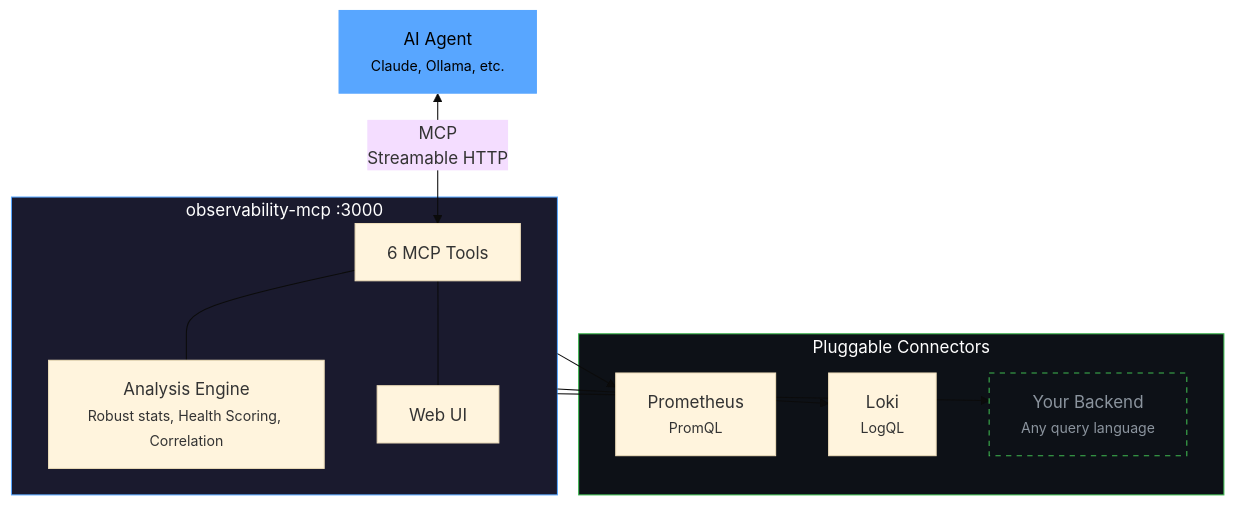
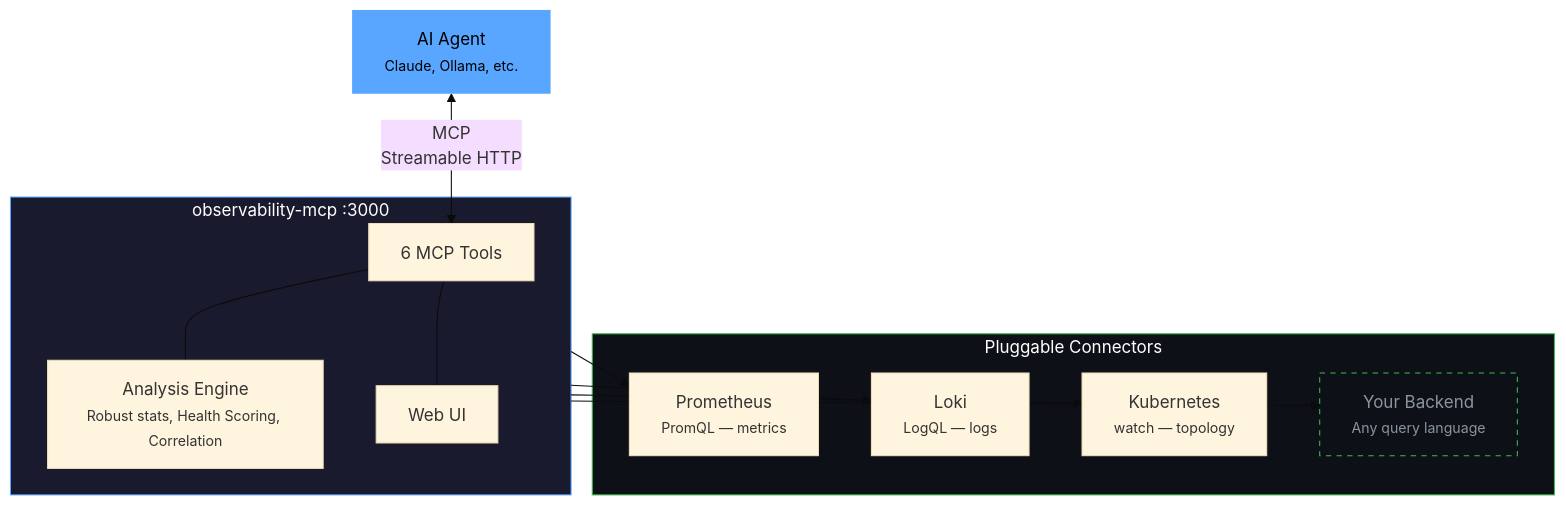
The diagram in README.md (ThoTischner/observability-mcp), drawn with Mermaid (base theme) before and after one commit. The commit also changed other lines of this file and 6 other files, not shown here.

````diff
--- a/README.md
+++ b/README.md
@@ -109,26 +109,27 @@
 ```mermaid
 graph TB
     Agent["AI Agent<br/><small>Claude, Ollama, etc.</small>"]
 
     subgraph MCP ["observability-mcp :3000"]
         Tools["6 MCP Tools"]
         Analysis["Analysis Engine<br/><small>Robust stats, Health Scoring, Correlation</small>"]
         UI["Web UI"]
     end
 
     subgraph Connectors ["Pluggable Connectors"]
-        Prom["Prometheus<br/><small>PromQL</small>"]
-        Loki["Loki<br/><small>LogQL</small>"]
+        Prom["Prometheus<br/><small>PromQL — metrics</small>"]
+        Loki["Loki<br/><small>LogQL — logs</small>"]
+        K8s["Kubernetes<br/><small>watch — topology</small>"]
         Next["Your Backend<br/><small>Any query language</small>"]
     end
 
     Agent <-->|"MCP<br/>Streamable HTTP"| Tools
     Tools --- Analysis
     Tools --- UI
-    MCP --> Prom & Loki & Next
+    MCP --> Prom & Loki & K8s & Next
 
     style MCP fill:#1a1a2e,stroke:#58a6ff,color:#fff
     style Connectors fill:#0d1117,stroke:#3fb950,color:#fff
     style Agent fill:#58a6ff,stroke:#58a6ff,color:#000
     style Next fill:#0d1117,stroke:#3fb950,color:#8b949e,stroke-dasharray: 5 5
 ```
````
